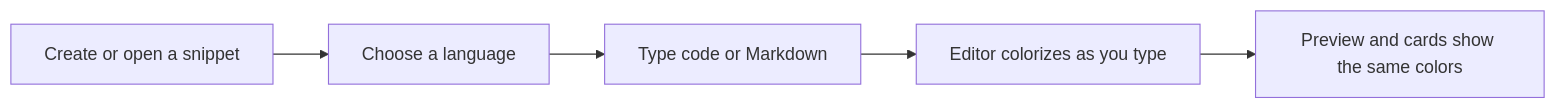
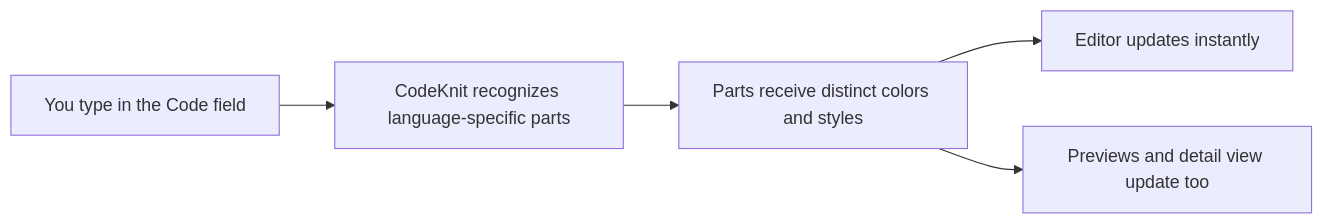
One commit to Mohita111/API2 changed the first of 2 diagrams in api2-documentation/plan_2026-11-02_f8890e/user-facing-docs/syntax-highlighting.md. Above: the diagram before and after it, drawn with Mermaid. The commit also changed other lines of this file and 11 other files, not shown here.

````diff
--- a/api2-documentation/plan_2026-11-02_f8890e/user-facing-docs/syntax-highlighting.md
+++ b/api2-documentation/plan_2026-11-02_f8890e/user-facing-docs/syntax-highlighting.md
@@ -25,7 +29,7 @@
 ```mermaid
 graph LR
-A[Create or open a snippet] --> B[Choose a language]
-B --> C[Type code or Markdown]
-C --> D[Editor colorizes as you type]
-D --> E[Preview and cards show the same colors]
+    A[You type in the Code field] --> B[CodeKnit recognizes language-specific parts]
+    B --> C[Parts receive distinct colors and styles]
+    C --> D[Editor updates instantly]
+    C --> E[Previews and detail view update too]
 ```
````
